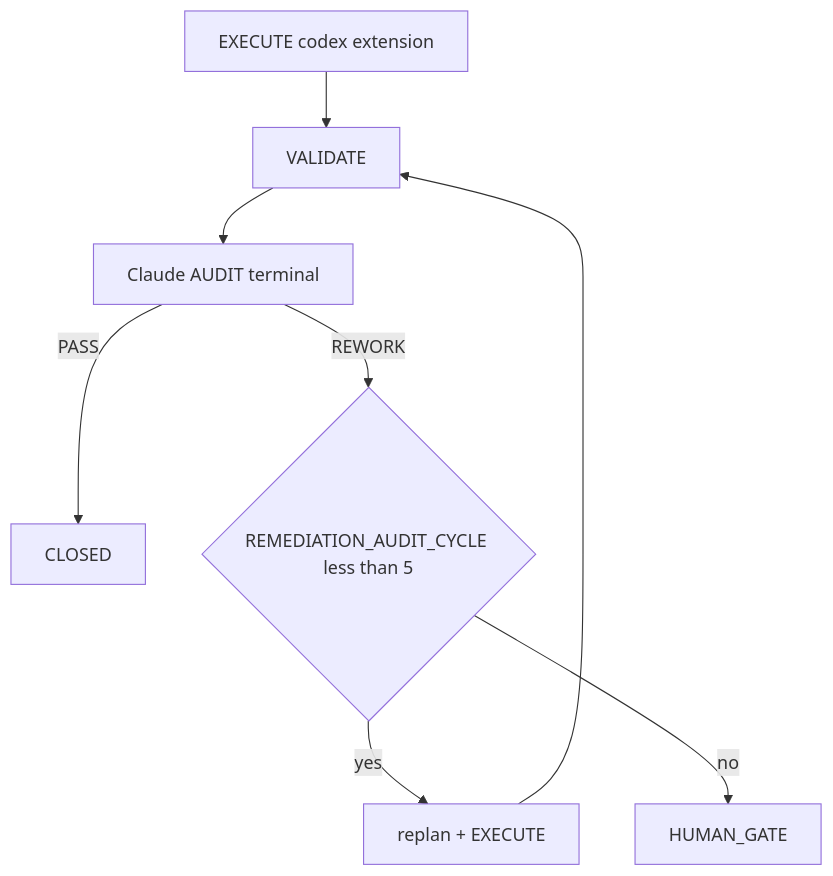
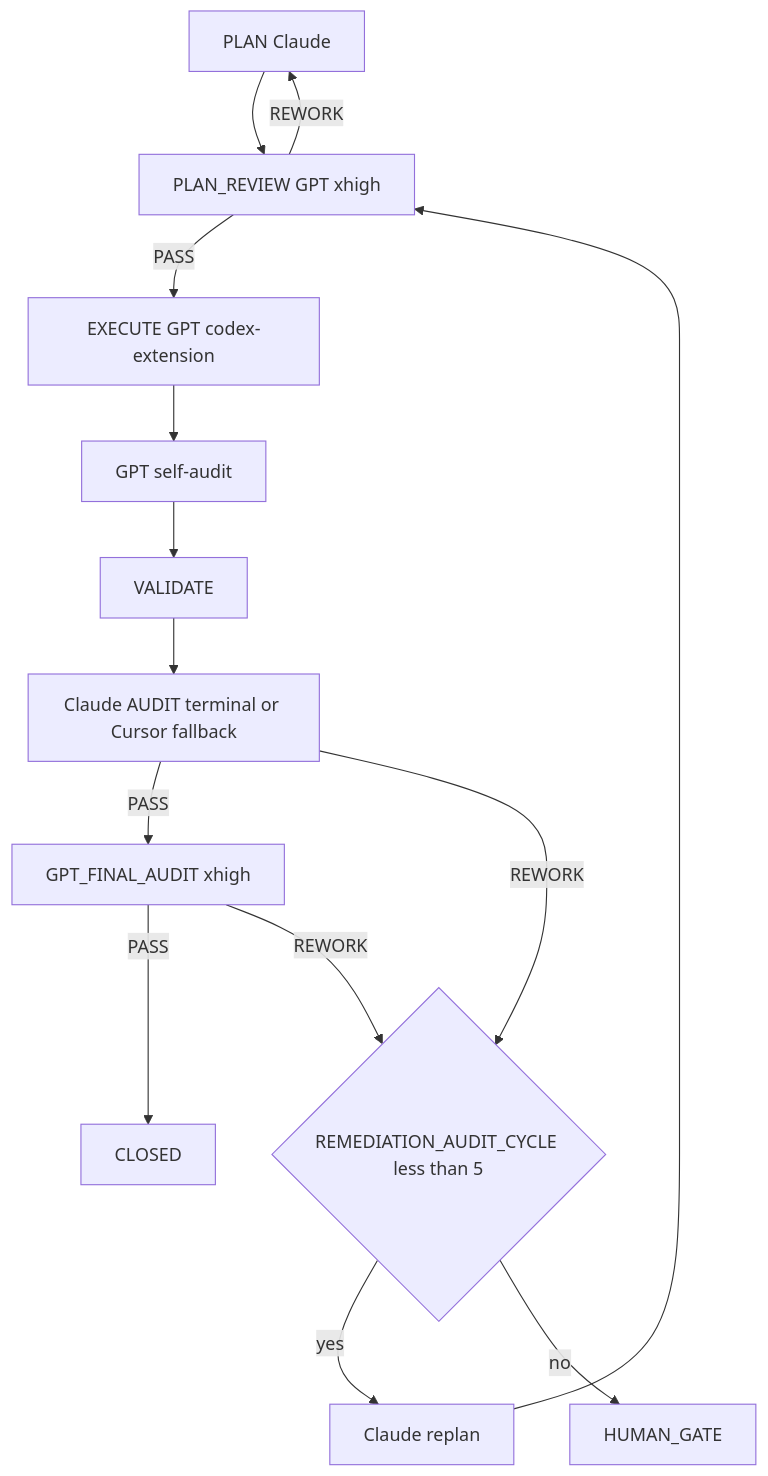
Before and after one commit to loeymot-sketch/testttt: the diagram in docs/orchestration/GLOBAL_SYSTEM_PRIMER.md, drawn with Mermaid. The commit also changed other lines of this file and 1769 other files, not shown here.

````diff
--- a/docs/orchestration/GLOBAL_SYSTEM_PRIMER.md
+++ b/docs/orchestration/GLOBAL_SYSTEM_PRIMER.md
@@ -83,10 +84,16 @@
 ```mermaid
 flowchart TD
-  E[EXECUTE codex extension] --> V[VALIDATE]
-  V --> A[Claude AUDIT terminal]
-  A -->|PASS| C[CLOSED]
+  P[PLAN Claude] --> R[PLAN_REVIEW GPT xhigh]
+  R -->|PASS| E[EXECUTE GPT codex-extension]
+  R -->|REWORK| P
+  E --> S[GPT self-audit]
+  S --> V[VALIDATE]
+  V --> A[Claude AUDIT terminal or Cursor fallback]
+  A -->|PASS| G[GPT_FINAL_AUDIT xhigh]
+  G -->|PASS| C[CLOSED]
   A -->|REWORK| N{REMEDIATION_AUDIT_CYCLE less than 5}
-  N -->|yes| P[replan + EXECUTE]
-  P --> V
+  G -->|REWORK| N
+  N -->|yes| RP[Claude replan]
+  RP --> R
   N -->|no| H[HUMAN_GATE]
 ```
````
